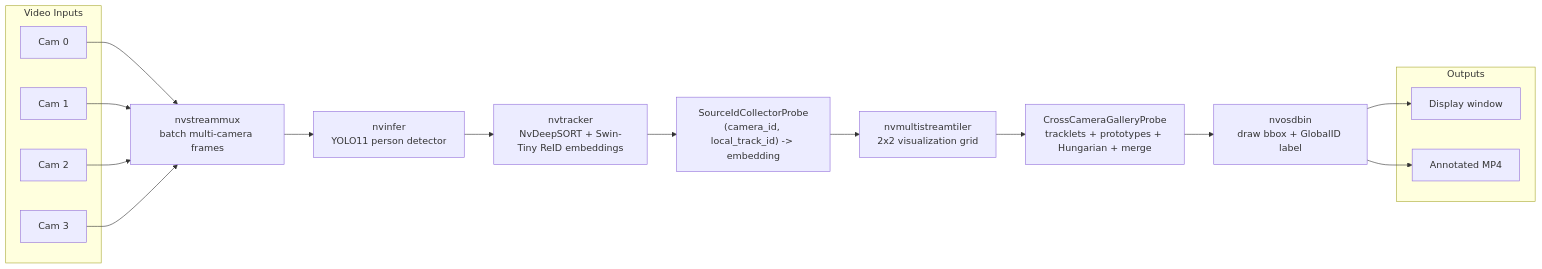
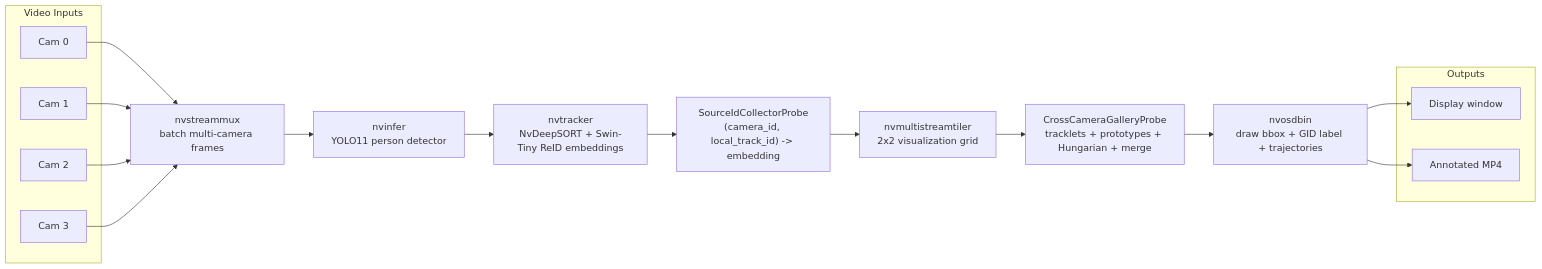
One commit to NLT22/multi_stream_people_tracker changed the diagram in README.md. Above: the diagram before and after it, drawn with Mermaid. The commit also changed other lines of this file and 2 other files, not shown here.

````diff
--- a/README.md
+++ b/README.md
@@ -208,31 +216,31 @@
 ```mermaid
 flowchart LR
     subgraph Inputs["Video Inputs"]
         C0["Cam 0"]
         C1["Cam 1"]
         C2["Cam 2"]
         C3["Cam 3"]
     end
 
     C0 --> MUX
     C1 --> MUX
     C2 --> MUX
     C3 --> MUX
 
     MUX["nvstreammux<br/>batch multi-camera frames"]
     DET["nvinfer<br/>YOLO11 person detector"]
     TRK["nvtracker<br/>NvDeepSORT + Swin-Tiny ReID embeddings"]
     SRC["SourceIdCollectorProbe<br/>(camera_id, local_track_id) -> embedding"]
     TILER["nvmultistreamtiler<br/>2x2 visualization grid"]
     REID["CrossCameraGalleryProbe<br/>tracklets + prototypes + Hungarian + merge"]
-    OSD["nvosdbin<br/>draw bbox + GlobalID label"]
+    OSD["nvosdbin<br/>draw bbox + GID label + trajectories"]
 
     subgraph Outputs["Outputs"]
         DISPLAY["Display window"]
         VIDEO["Annotated MP4"]
     end
 
     MUX --> DET --> TRK --> SRC --> TILER --> REID --> OSD
     OSD --> DISPLAY
     OSD --> VIDEO
 ```
````
